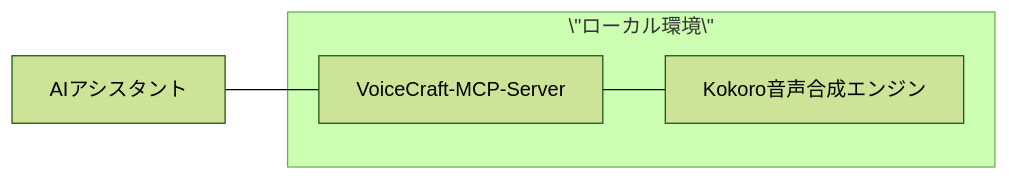
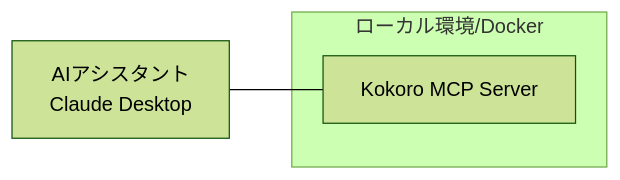
One commit to NewAITees/Kokoro-MCP-Server changed the third of 4 diagrams in docs/ARCHITECTURE.md. Above: the diagram before and after it, drawn with Mermaid (forest theme). The commit also changed other lines of this file and 10 other files, not shown here.

````diff
--- a/docs/ARCHITECTURE.md
+++ b/docs/ARCHITECTURE.md
@@ -306,10 +181,8 @@
 ```mermaid
 graph LR
-    A[AIアシスタント] --- B[VoiceCraft-MCP-Server]
-    B --- C[Kokoro音声合成エンジン]
+    A[AIアシスタント<br>Claude Desktop] --- B[Kokoro MCP Server]
     
-    subgraph \"ローカル環境\"
+    subgraph "ローカル環境/Docker"
     B
-    C
     end
 ```
````
